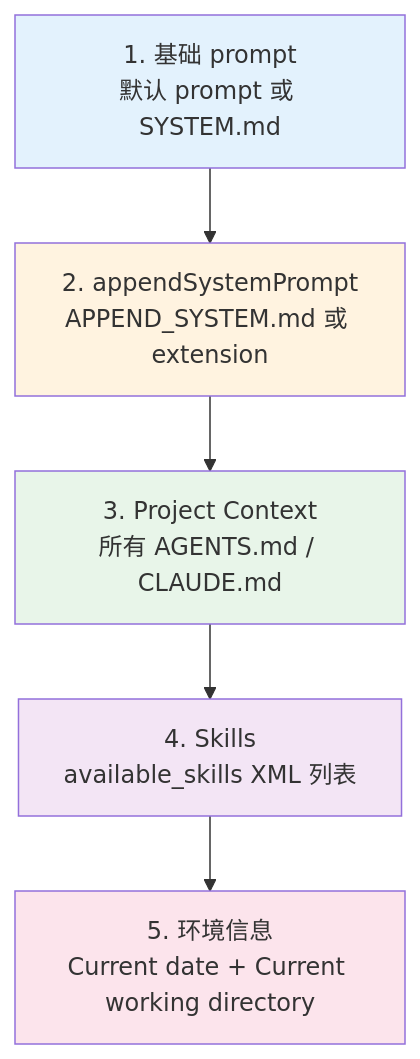
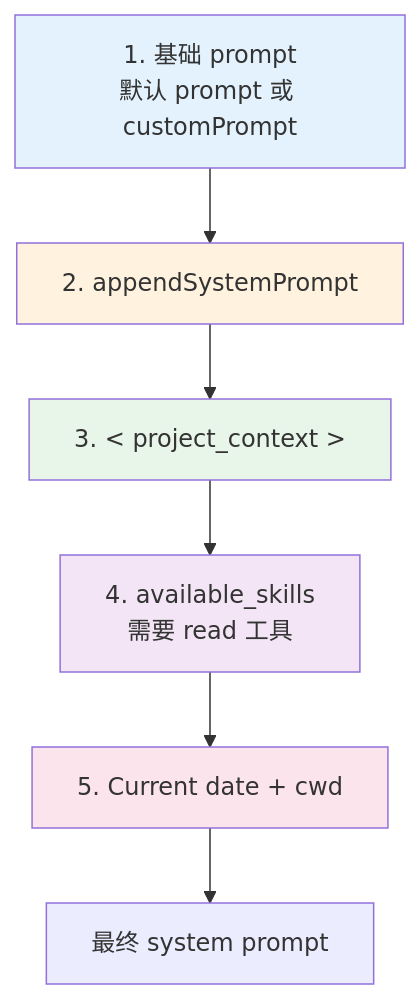
One commit to wutongyuonce/pi-deep-dive changed the second of 2 diagrams in tutorial/coding-agent/pi-system-prompt.md. Above: the diagram before and after it, drawn with Mermaid. The commit also changed other lines of this file and 6 other files, not shown here.

````diff
--- a/tutorial/coding-agent/pi-system-prompt.md
+++ b/tutorial/coding-agent/pi-system-prompt.md
@@ -347,13 +366,14 @@
 ```mermaid
 flowchart TD
-    A["1. 基础 prompt<br/>默认 prompt 或 SYSTEM.md"] --> B["2. appendSystemPrompt<br/>APPEND_SYSTEM.md 或 extension"]
-    B --> C["3. Project Context<br/>所有 AGENTS.md / CLAUDE.md"]
-    C --> D["4. Skills<br/>available_skills XML 列表"]
-    D --> E["5. 环境信息<br/>Current date + Current working directory"]
-    
+    A["1. 基础 prompt<br/>默认 prompt 或 customPrompt"] --> B["2. appendSystemPrompt"]
+    B --> C["3. < project_context >"]
+    C --> D["4. available_skills<br/>需要 read 工具"]
+    D --> E["5. Current date + cwd"]
+    E --> F["最终 system prompt"]
+
     style A fill:#e3f2fd
     style B fill:#fff3e0
     style C fill:#e8f5e9
     style D fill:#f3e5f5
     style E fill:#fce4ec
 ```
````
